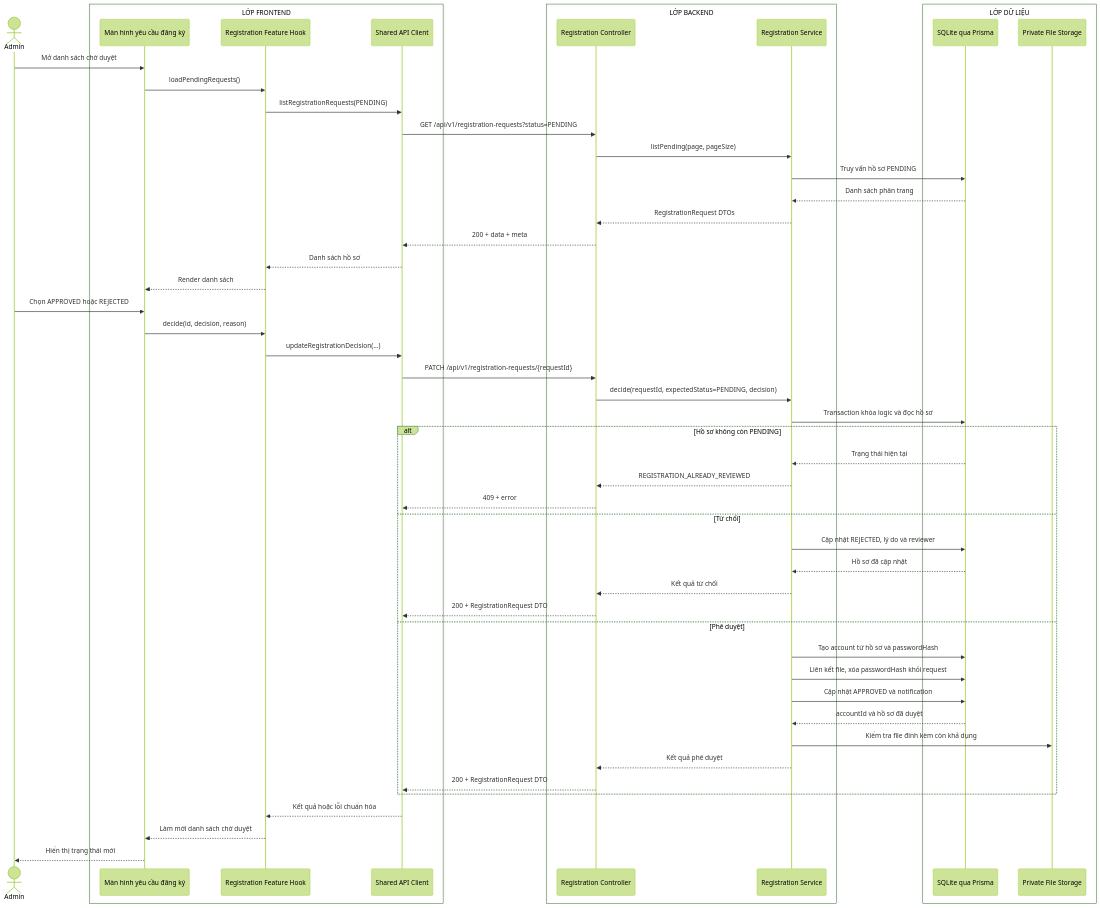
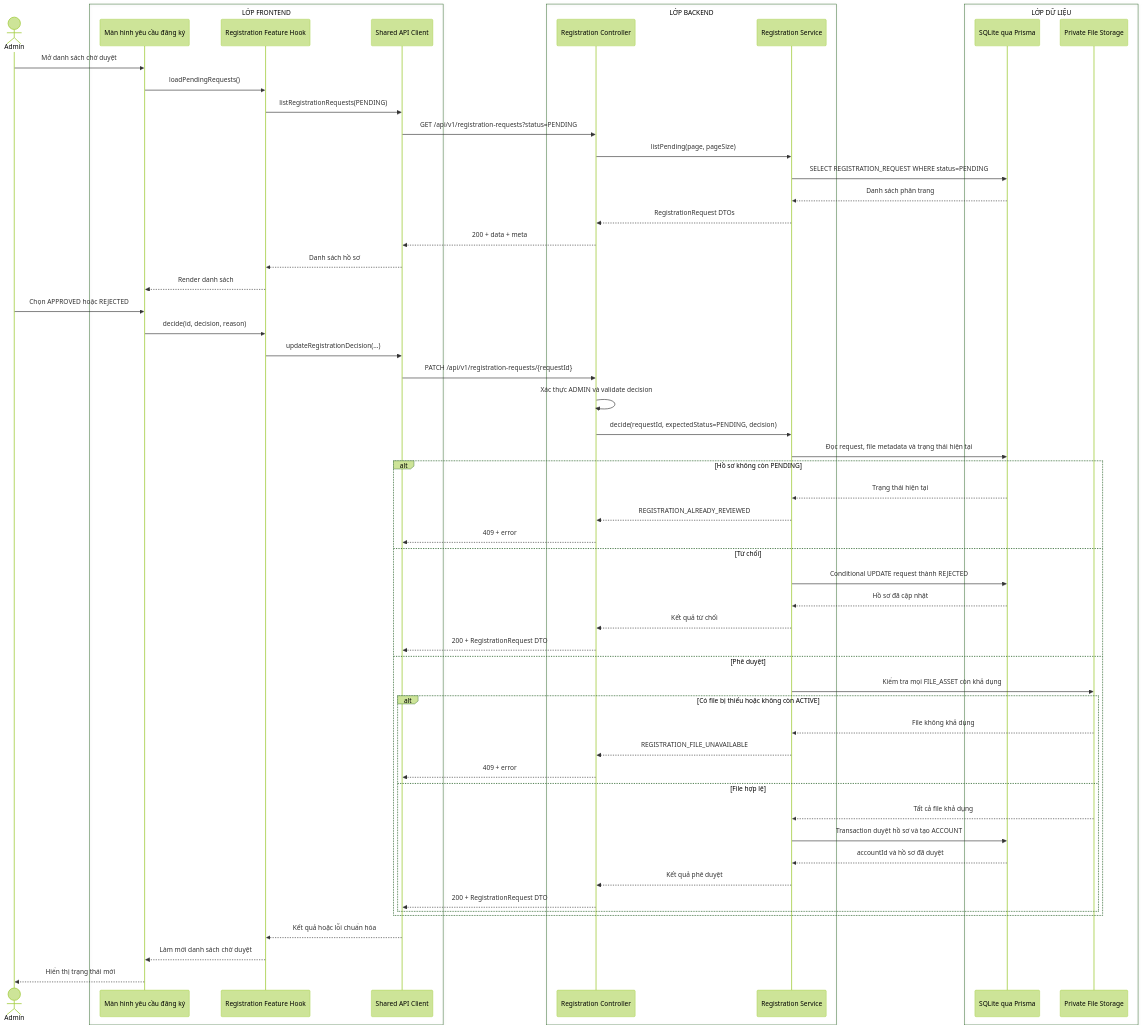
One commit to MINHDZVODICH/ctv-manage changed the diagram in docs/sequence-diagrams/03-duyet-ho-so.md. Above: the diagram before and after it, drawn with Mermaid (forest theme). The commit also changed other lines of this file and 227 other files, not shown here.

````diff
--- a/docs/sequence-diagrams/03-duyet-ho-so.md
+++ b/docs/sequence-diagrams/03-duyet-ho-so.md
@@ -5,59 +5,65 @@
 ```mermaid
 sequenceDiagram
     actor A as Admin
     box LỚP FRONTEND
         participant UI as Màn hình yêu cầu đăng ký
         participant H as Registration Feature Hook
         participant API as Shared API Client
     end
     box LỚP BACKEND
         participant C as Registration Controller
         participant S as Registration Service
     end
     box LỚP DỮ LIỆU
         participant DB as SQLite qua Prisma
         participant FS as Private File Storage
     end
 
     A->>UI: Mở danh sách chờ duyệt
     UI->>H: loadPendingRequests()
     H->>API: listRegistrationRequests(PENDING)
     API->>C: GET /api/v1/registration-requests?status=PENDING
     C->>S: listPending(page, pageSize)
-    S->>DB: Truy vấn hồ sơ PENDING
+    S->>DB: SELECT REGISTRATION_REQUEST WHERE status=PENDING
     DB-->>S: Danh sách phân trang
     S-->>C: RegistrationRequest DTOs
     C-->>API: 200 + data + meta
     API-->>H: Danh sách hồ sơ
     H-->>UI: Render danh sách
 
     A->>UI: Chọn APPROVED hoặc REJECTED
     UI->>H: decide(id, decision, reason)
     H->>API: updateRegistrationDecision(...)
     API->>C: PATCH /api/v1/registration-requests/{requestId}
+    C->>C: Xác thực ADMIN và validate decision
     C->>S: decide(requestId, expectedStatus=PENDING, decision)
-    S->>DB: Transaction khóa logic và đọc hồ sơ
+    S->>DB: Đọc request, file metadata và trạng thái hiện tại
 
     alt Hồ sơ không còn PENDING
         DB-->>S: Trạng thái hiện tại
         S-->>C: REGISTRATION_ALREADY_REVIEWED
         C-->>API: 409 + error
     else Từ chối
-        S->>DB: Cập nhật REJECTED, lý do và reviewer
+        S->>DB: Conditional UPDATE request thành REJECTED
         DB-->>S: Hồ sơ đã cập nhật
         S-->>C: Kết quả từ chối
         C-->>API: 200 + RegistrationRequest DTO
     else Phê duyệt
-        S->>DB: Tạo account từ hồ sơ và passwordHash
-        S->>DB: Liên kết file, xóa passwordHash khỏi request
-        S->>DB: Cập nhật APPROVED và notification
-        DB-->>S: accountId và hồ sơ đã duyệt
-        S->>FS: Kiểm tra file đính kèm còn khả dụng
-        S-->>C: Kết quả phê duyệt
-        C-->>API: 200 + RegistrationRequest DTO
+        S->>FS: Kiểm tra mọi FILE_ASSET còn khả dụng
+        alt Có file bị thiếu hoặc không còn ACTIVE
+            FS-->>S: File không khả dụng
+            S-->>C: REGISTRATION_FILE_UNAVAILABLE
+            C-->>API: 409 + error
+        else File hợp lệ
+            FS-->>S: Tất cả file khả dụng
+            S->>DB: Transaction duyệt hồ sơ và tạo ACCOUNT
+            DB-->>S: accountId và hồ sơ đã duyệt
+            S-->>C: Kết quả phê duyệt
+            C-->>API: 200 + RegistrationRequest DTO
+        end
     end
 
     API-->>H: Kết quả hoặc lỗi chuẩn hóa
     H-->>UI: Làm mới danh sách chờ duyệt
     UI-->>A: Hiển thị trạng thái mới
 ```
````
